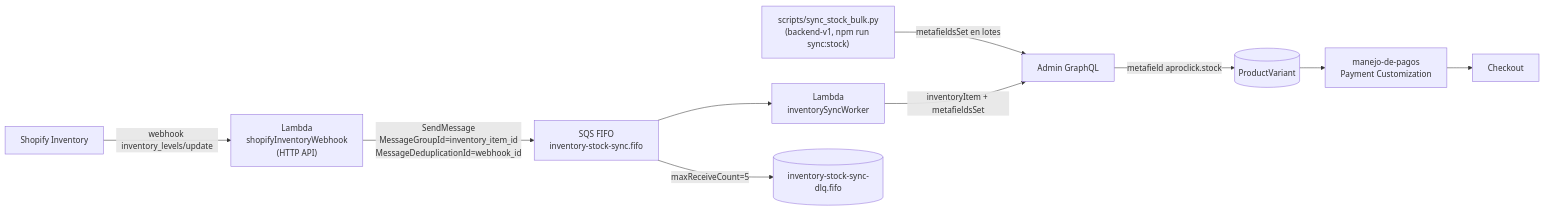
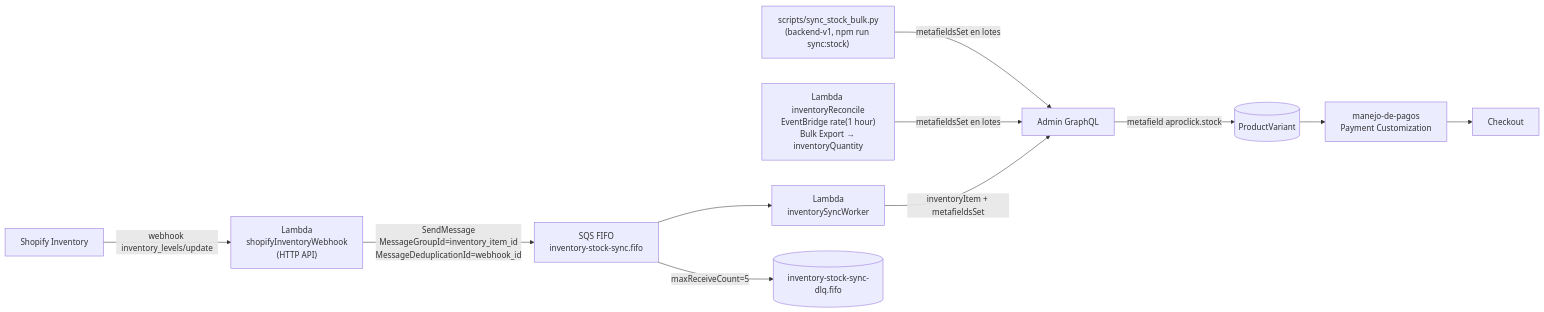
The diagram in docs/SYNC_STOCK_PAYMENT_CUSTOMIZATION.md (Mediahuella/apro-click-backend-v1), drawn with Mermaid before and after one commit. The commit also changed other lines of this file and 5 other files, not shown here.

````diff
--- a/docs/SYNC_STOCK_PAYMENT_CUSTOMIZATION.md
+++ b/docs/SYNC_STOCK_PAYMENT_CUSTOMIZATION.md
@@ -9,12 +9,13 @@
 ```mermaid
 flowchart LR
   ShopifyInv[Shopify Inventory] -->|"webhook inventory_levels/update"| WebhookFn["Lambda<br/>shopifyInventoryWebhook<br/>(HTTP API)"]
   Backfill["scripts/sync_stock_bulk.py<br/>(backend-v1, npm run sync:stock)"] -->|"metafieldsSet en lotes"| AdminAPI[Admin GraphQL]
+  Reconcile["Lambda inventoryReconcile<br/>EventBridge rate(1 hour)<br/>Bulk Export → inventoryQuantity"] -->|"metafieldsSet en lotes"| AdminAPI
   WebhookFn -->|"SendMessage<br/>MessageGroupId=inventory_item_id<br/>MessageDeduplicationId=webhook_id"| Queue["SQS FIFO<br/>inventory-stock-sync.fifo"]
   Queue --> Worker["Lambda<br/>inventorySyncWorker"]
   Queue -->|"maxReceiveCount=5"| DLQ[("inventory-stock-sync-dlq.fifo")]
   Worker -->|"inventoryItem + metafieldsSet"| AdminAPI
   AdminAPI -->|"metafield aproclick.stock"| Variant[("ProductVariant")]
   Variant --> Function["manejo-de-pagos<br/>Payment Customization"]
   Function --> Checkout[Checkout]
 ```
````
